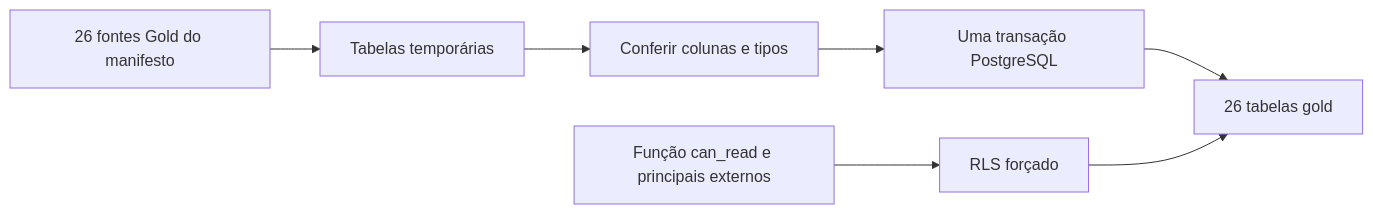
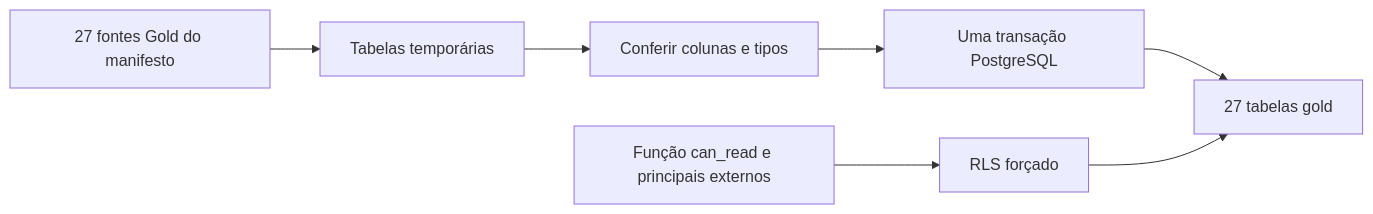
One commit to Solierrr/databricks-sync changed the diagram in database/POSTGRES.md. Above: the diagram before and after it, drawn with Mermaid. The commit also changed other lines of this file and 6 other files, not shown here.

````diff
--- a/database/POSTGRES.md
+++ b/database/POSTGRES.md
@@ -42,9 +43,9 @@
 ```mermaid
 flowchart LR
-  V[26 fontes Gold do manifesto] --> T[Tabelas temporárias]
+  V[27 fontes Gold do manifesto] --> T[Tabelas temporárias]
   T --> C[Conferir colunas e tipos]
   C --> P[Uma transação PostgreSQL]
-  P --> A[26 tabelas gold]
+  P --> A[27 tabelas gold]
   F[Função can_read e principais externos] --> R[RLS forçado]
   R --> A
 ```
````
